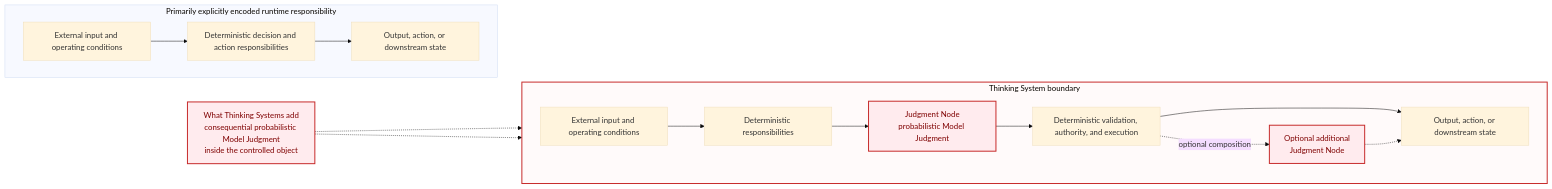
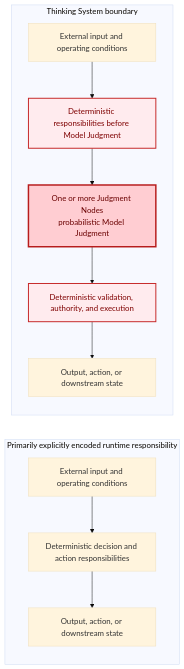
One commit to UncertaintyArchitectureGroup/uncertainty-architecture changed the third of 14 diagrams in content/research/notes/open-engineering-specification-article-draft.md. Above: the diagram before and after it, drawn with Mermaid (base theme). The commit also changed other lines of this file and 1 other file, not shown here.

Commit message:
Correct Figure 3 and Figure 6 Mermaid layouts

````diff
--- a/content/research/notes/open-engineering-specification-article-draft.md
+++ b/content/research/notes/open-engineering-specification-article-draft.md
@@ -157,31 +157,25 @@
 ```mermaid
 flowchart LR
     subgraph A["Primarily explicitly encoded runtime responsibility"]
-        direction LR
+        direction TB
         A1[External input and operating conditions]
         A2[Deterministic decision and action responsibilities]
         A3[Output, action, or downstream state]
         A1 --> A2 --> A3
     end
 
     subgraph B["Thinking System boundary"]
-        direction LR
+        direction TB
         B1[External input and operating conditions]
-        B2[Deterministic responsibilities]
-        J1["Judgment Node<br/>probabilistic Model Judgment"]
+        B2[Deterministic responsibilities before Model Judgment]
+        J1["One or more Judgment Nodes<br/>probabilistic Model Judgment"]
         B3[Deterministic validation, authority, and execution]
-        J2["Optional additional<br/>Judgment Node"]
         B4[Output, action, or downstream state]
-
         B1 --> B2 --> J1 --> B3 --> B4
-        B3 -. optional composition .-> J2 -.-> B4
     end
 
-    SHIFT["What Thinking Systems add<br/>consequential probabilistic Model Judgment<br/>inside the controlled object"]
-    SHIFT -.-> J1
-    SHIFT -.-> J2
-
-    classDef shift fill:#ffebee,stroke:#c62828,stroke-width:2px,color:#7f0000;
-    class SHIFT,J1,J2 shift;
-    style B fill:#fffafa,stroke:#c62828,stroke-width:2px
+    classDef changed fill:#ffebee,stroke:#c62828,stroke-width:2px,color:#7f0000;
+    classDef judgment fill:#ffcdd2,stroke:#b71c1c,stroke-width:3px,color:#6a0000;
+    class B2,B3 changed;
+    class J1 judgment;
 ```
````
